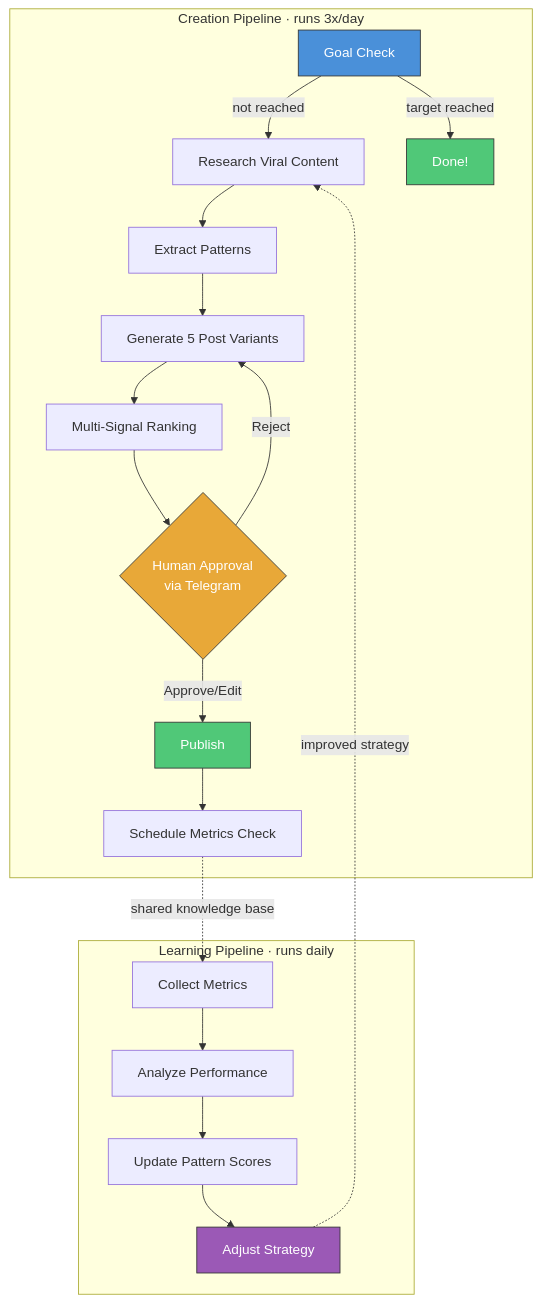
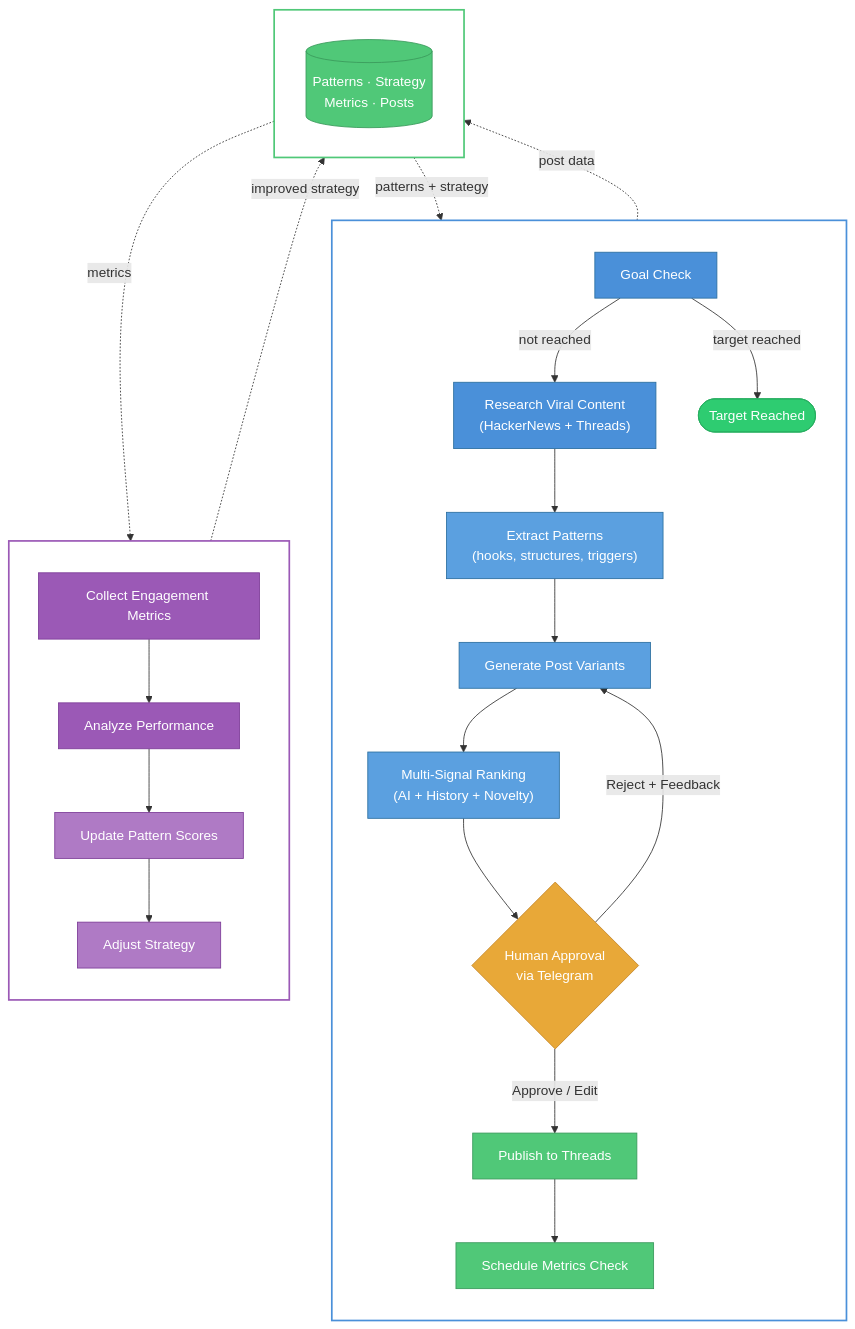
Before and after one commit to kgarbacinski/AutoViralAI: the first of 4 diagrams in README.md, drawn with Mermaid. The commit also changed other lines of this file and 7 other files, not shown here.

First line of the commit message:
fix(ci): update Python to 3.13 in CI, fix formatting, improve README diagrams

````diff
--- a/README.md
+++ b/README.md
@@ -101,29 +101,58 @@
 ```mermaid
 graph TB
-    subgraph "Creation Pipeline · runs 3x/day"
-        A[Goal Check] -->|not reached| B[Research Viral Content]
-        A -->|target reached| Z[Done!]
-        B --> C[Extract Patterns]
-        C --> D[Generate 5 Post Variants]
-        D --> E[Multi-Signal Ranking]
-        E --> F{Human Approval<br/>via Telegram}
-        F -->|Approve/Edit| G[Publish]
-        F -->|Reject| D
-        G --> H[Schedule Metrics Check]
+    subgraph creation ["Content Creation Pipeline · runs 3x/day"]
+        direction TB
+        A["Goal Check"]
+        B["Research Viral Content\n(HackerNews + Threads)"]
+        C["Extract Patterns\n(hooks, structures, triggers)"]
+        D["Generate Post Variants"]
+        E["Multi-Signal Ranking\n(AI + History + Novelty)"]
+        F{"Human Approval\nvia Telegram"}
+        G["Publish to Threads"]
+        H["Schedule Metrics Check"]
+        Z(["Target Reached"])
+
+        A -->|not reached| B
+        A -->|target reached| Z
+        B --> C --> D --> E --> F
+        F -->|"Approve / Edit"| G --> H
+        F -->|Reject + Feedback| D
     end
 
-    subgraph "Learning Pipeline · runs daily"
-        I[Collect Metrics] --> J[Analyze Performance]
-        J --> K[Update Pattern Scores]
-        K --> L[Adjust Strategy]
+    subgraph learning ["Learning Pipeline · runs daily"]
+        direction TB
+        I["Collect Engagement Metrics"] --> J["Analyze Performance"]
+        J --> K["Update Pattern Scores"] --> L["Adjust Strategy"]
     end
 
-    H -.->|shared knowledge base| I
-    L -.->|improved strategy| B
+    subgraph store ["Shared Knowledge Base"]
+        direction LR
+        KB[("Patterns · Strategy\nMetrics · Posts")]
+    end
 
-    style A fill:#4A90D9,stroke:#333,color:#fff
-    style F fill:#E8A838,stroke:#333,color:#fff
-    style G fill:#50C878,stroke:#333,color:#fff
-    style L fill:#9B59B6,stroke:#333,color:#fff
-    style Z fill:#50C878,stroke:#333,color:#fff
+    H -. "post data" .-> KB
+    KB -. "metrics" .-> I
+    L -. "improved strategy" .-> KB
+    KB -. "patterns + strategy" .-> B
+
+    style creation fill:transparent,stroke:#4A90D9,stroke-width:2px,color:#fff
+    style learning fill:transparent,stroke:#9B59B6,stroke-width:2px,color:#fff
+    style store fill:transparent,stroke:#50C878,stroke-width:2px,color:#fff
+
+    style A fill:#4A90D9,stroke:#2C6FA0,color:#fff
+    style B fill:#4A90D9,stroke:#2C6FA0,color:#fff
+    style C fill:#5BA0E0,stroke:#2C6FA0,color:#fff
+    style D fill:#5BA0E0,stroke:#2C6FA0,color:#fff
+    style E fill:#5BA0E0,stroke:#2C6FA0,color:#fff
+    style F fill:#E8A838,stroke:#C4872A,color:#fff
+    style G fill:#50C878,stroke:#3A9A5C,color:#fff
+    style H fill:#50C878,stroke:#3A9A5C,color:#fff
+    style Z fill:#2ECC71,stroke:#27AE60,color:#fff
+
+    style I fill:#9B59B6,stroke:#7D3C98,color:#fff
+    style J fill:#9B59B6,stroke:#7D3C98,color:#fff
+    style K fill:#AF7AC5,stroke:#7D3C98,color:#fff
+    style L fill:#AF7AC5,stroke:#7D3C98,color:#fff
+
+    style KB fill:#50C878,stroke:#3A9A5C,color:#fff
 ```
````
